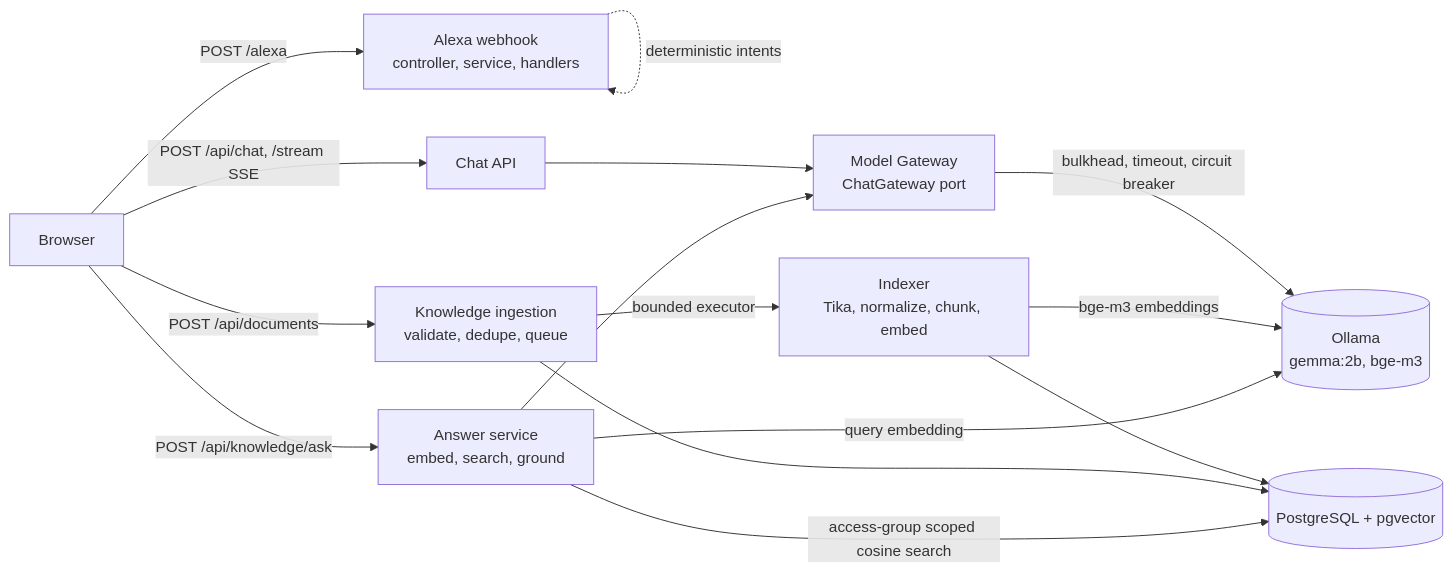
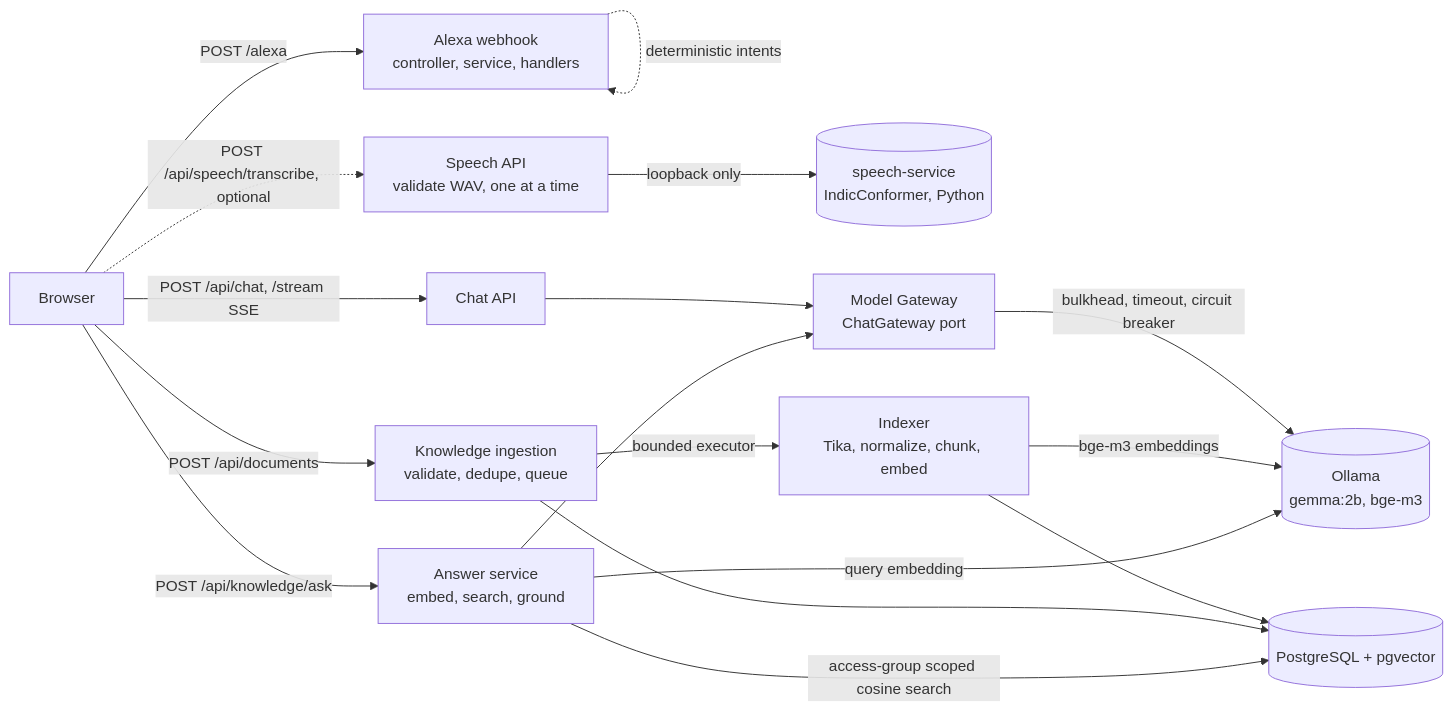
The diagram in ARCHITECTURE.md (skpradhan-repo/spring-boot-alexa-starter), drawn with Mermaid before and after one commit. The commit also changed other lines of this file and 32 other files, not shown here.

First line of the commit message:
Voice: live browser transcript, support learned from use, optional local IndicConformer engine (loopback only), engine selector and Clear text

````diff
--- a/ARCHITECTURE.md
+++ b/ARCHITECTURE.md
@@ -11,17 +11,19 @@
 ```mermaid
 flowchart LR
     Browser -->|POST /alexa| Alexa[Alexa webhook<br/>controller, service, handlers]
     Browser -->|POST /api/chat, /stream SSE| Chat[Chat API]
     Chat --> Gateway[Model Gateway<br/>ChatGateway port]
     Gateway -->|bulkhead, timeout, circuit breaker| Ollama[(Ollama<br/>gemma:2b, bge-m3)]
     Alexa -. deterministic intents .-> Alexa
     Browser -->|POST /api/documents| Ingest[Knowledge ingestion<br/>validate, dedupe, queue]
     Ingest -->|bounded executor| Indexer[Indexer<br/>Tika, normalize, chunk, embed]
     Indexer -->|bge-m3 embeddings| Ollama
     Indexer --> PG[(PostgreSQL + pgvector)]
     Ingest --> PG
     Browser -->|POST /api/knowledge/ask| Ask[Answer service<br/>embed, search, ground]
     Ask -->|query embedding| Ollama
     Ask -->|access-group scoped cosine search| PG
     Ask --> Gateway
+    Browser -.->|POST /api/speech/transcribe, optional| Speech[Speech API<br/>validate WAV, one at a time]
+    Speech -->|loopback only| Sidecar[(speech-service<br/>IndicConformer, Python)]
 ```
````
